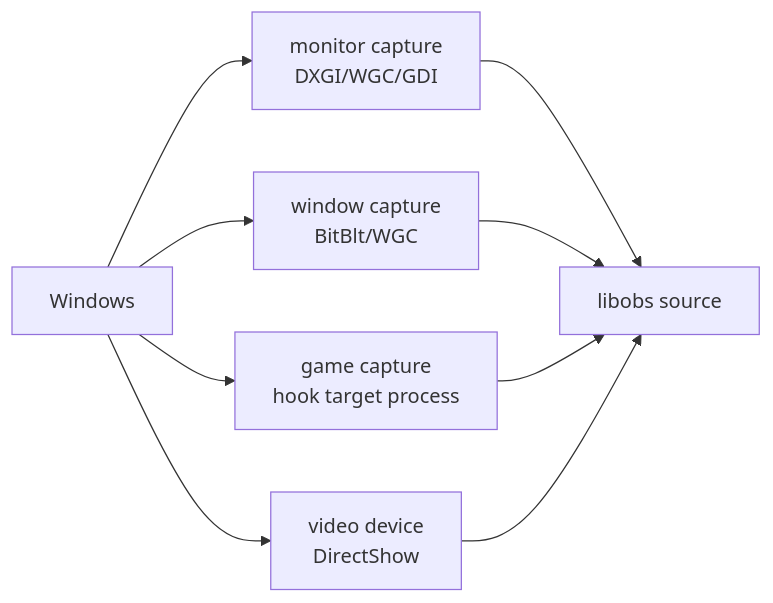
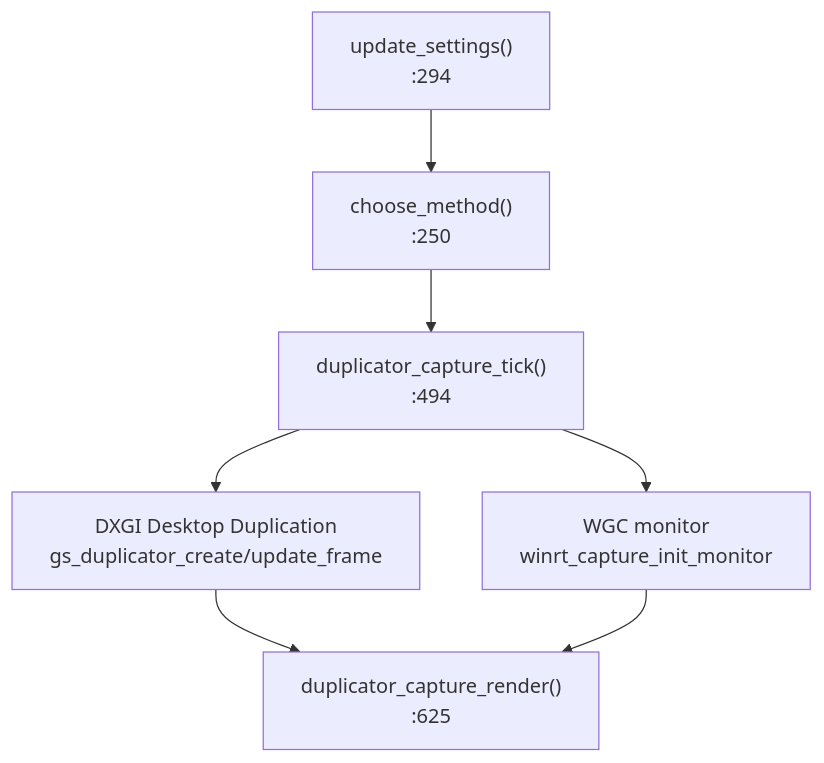
Before and after one commit to COMOCO-5672/kauri-docs: the fifth of 8 diagrams in projects/obs-studio/capture.md, drawn with Mermaid. The commit also changed other lines of this file, not shown here.

````diff
--- a/projects/obs-studio/capture.md
+++ b/projects/obs-studio/capture.md
@@ -35,14 +218,13 @@
 ```mermaid
-flowchart LR
-    Win["Windows"]
-    Monitor["monitor capture\nDXGI/WGC/GDI"]
-    Window["window capture\nBitBlt/WGC"]
-    Game["game capture\nhook target process"]
-    DShow["video device\nDirectShow"]
-    Libobs["libobs source"]
+flowchart TD
+    Settings["update_settings()\n:294"]
+    Choose["choose_method()\n:250"]
+    Tick["duplicator_capture_tick()\n:494"]
+    DXGI["DXGI Desktop Duplication\ngs_duplicator_create/update_frame"]
+    WGC["WGC monitor\nwinrt_capture_init_monitor"]
+    Render["duplicator_capture_render()\n:625"]
 
-    Win --> Monitor --> Libobs
-    Win --> Window --> Libobs
-    Win --> Game --> Libobs
-    Win --> DShow --> Libobs
+    Settings --> Choose --> Tick
+    Tick --> DXGI --> Render
+    Tick --> WGC --> Render
 ```
````
